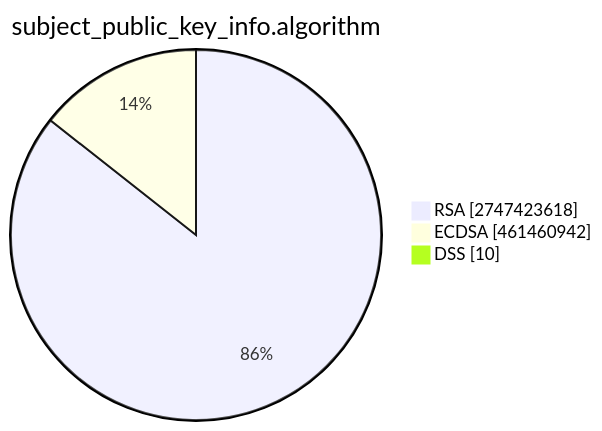
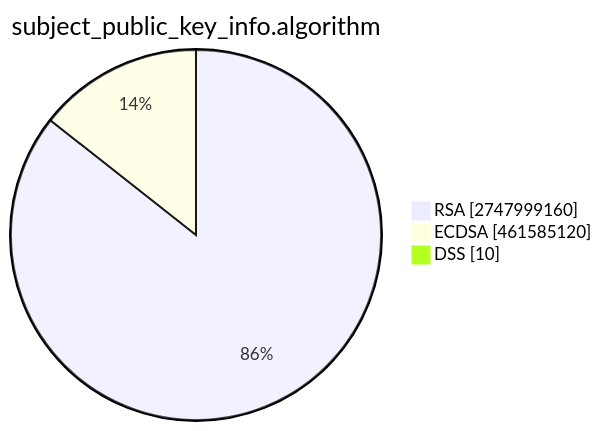
Before and after one commit to christiankrug/ctmonitor_visualization: the second of 15 diagrams in TOTAL/README.md, drawn with Mermaid. The commit also changed other lines of this file, not shown here.

````diff
--- a/TOTAL/README.md
+++ b/TOTAL/README.md
@@ -6,7 +6,7 @@
 ```mermaid
 pie showData
 title subject_public_key_info.algorithm
-"RSA" :2747423618
-"ECDSA" :461460942
+"RSA" :2747999160
+"ECDSA" :461585120
 "DSS" :10
 ```
````
